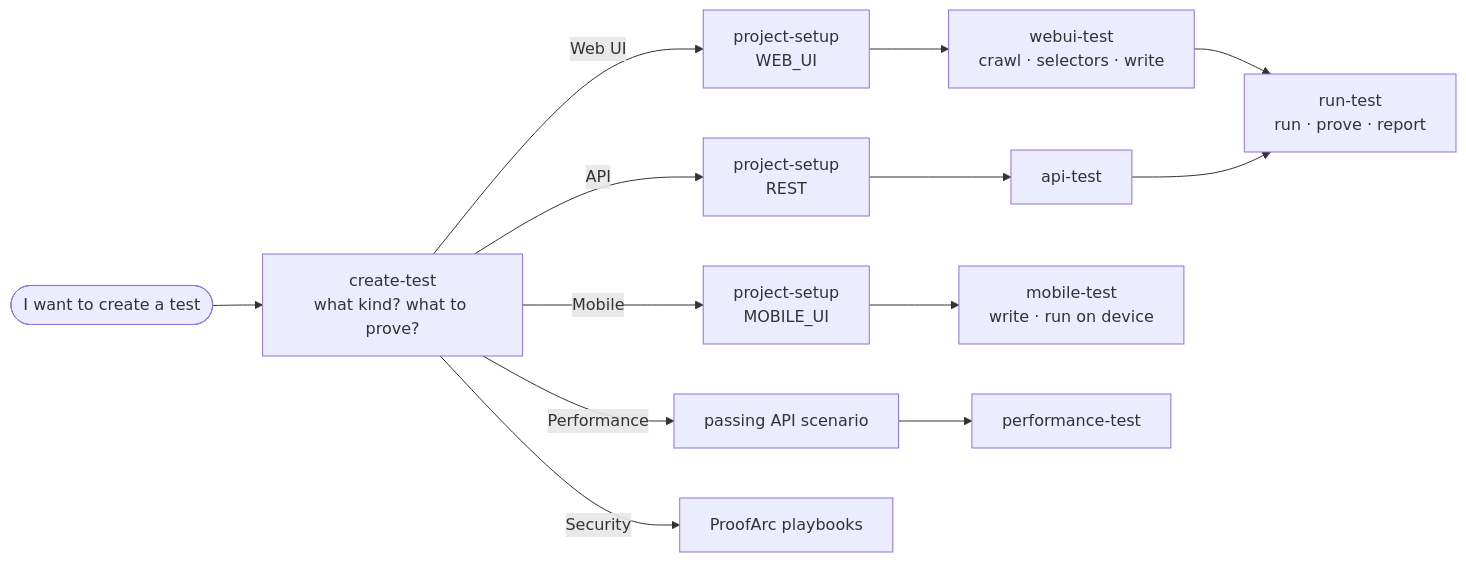
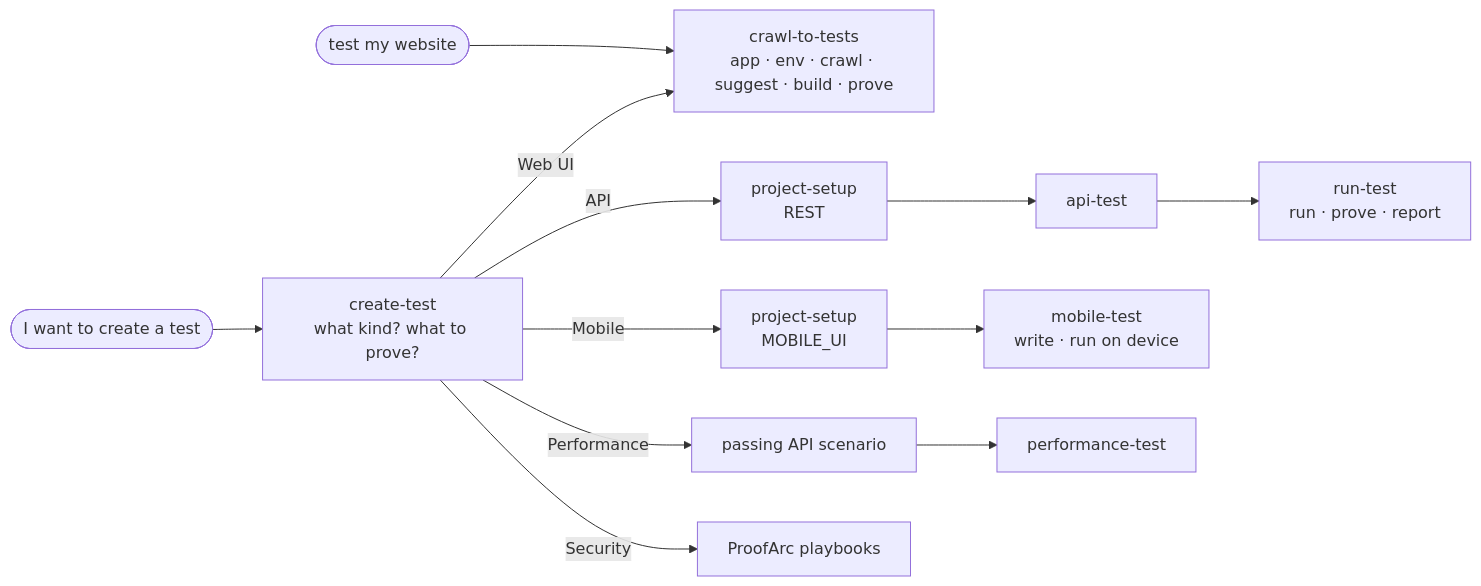
One commit to proofarc/proofarc-mcp-skills changed the diagram in README.md. Above: the diagram before and after it, drawn with Mermaid. The commit also changed other lines of this file and 9 other files, not shown here.

````diff
--- a/README.md
+++ b/README.md
@@ -49,9 +49,10 @@
 ```mermaid
 flowchart LR
   U([I want to create a test]) --> CT[create-test<br/>what kind? what to prove?]
-  CT -- Web UI --> PS1[project-setup<br/>WEB_UI] --> WT[webui-test<br/>crawl · selectors · write] --> RT[run-test<br/>run · prove · report]
-  CT -- API --> PS2[project-setup<br/>REST] --> AT[api-test] --> RT
+  U2([test my website]) --> C2T[crawl-to-tests<br/>app · env · crawl · suggest · build · prove]
+  CT -- Web UI --> C2T
+  CT -- API --> PS2[project-setup<br/>REST] --> AT[api-test] --> RT[run-test<br/>run · prove · report]
   CT -- Mobile --> PS3[project-setup<br/>MOBILE_UI] --> MT[mobile-test<br/>write · run on device]
   CT -- Performance --> AT2[passing API scenario] --> PT[performance-test]
   CT -- Security --> PB2[ProofArc playbooks]
 ```
````
